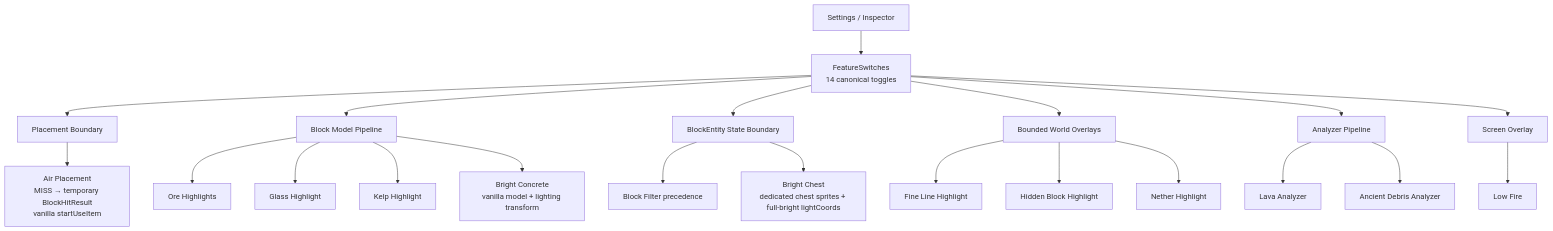
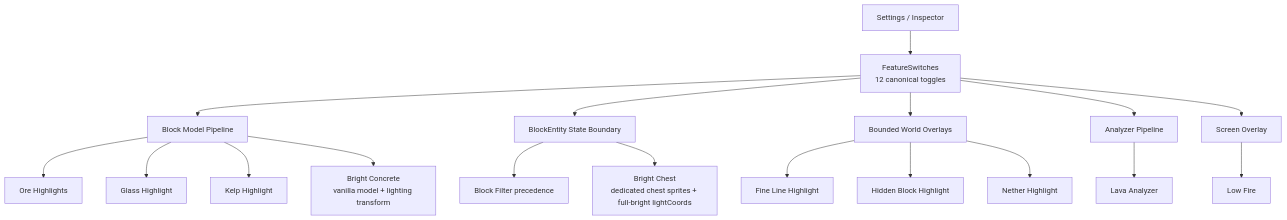
Before and after one commit to bosatsu25/ChiseTweaks: the second of 2 diagrams in README.md, drawn with Mermaid. The commit also changed other lines of this file and 54 other files, not shown here.

````diff
--- a/README.md
+++ b/README.md
@@ -74,29 +71,24 @@
 ```mermaid
 flowchart TD
-    UI[Settings / Inspector] --> REG[FeatureSwitches\n14 canonical toggles]
-    REG --> PLACE[Placement Boundary]
+    UI[Settings / Inspector] --> REG[FeatureSwitches\n12 canonical toggles]
     REG --> MODEL[Block Model Pipeline]
     REG --> BE[BlockEntity State Boundary]
     REG --> OVERLAY[Bounded World Overlays]
     REG --> ANALYZER[Analyzer Pipeline]
     REG --> SCREEN[Screen Overlay]
-
-    PLACE --> AIR[Air Placement\nMISS → temporary BlockHitResult\nvanilla startUseItem]
 
     MODEL --> ORE[Ore Highlights]
     MODEL --> GLASS[Glass Highlight]
     MODEL --> KELP[Kelp Highlight]
     MODEL --> CONCRETE[Bright Concrete\nvanilla model + lighting transform]
 
     BE --> BLOCKFILTER[Block Filter precedence]
     BE --> CHEST[Bright Chest\ndedicated chest sprites + full-bright lightCoords]
 
     OVERLAY --> FINE[Fine Line Highlight]
     OVERLAY --> HIDDEN[Hidden Block Highlight]
     OVERLAY --> NETHER[Nether Highlight]
 
     ANALYZER --> LAVA[Lava Analyzer]
-    ANALYZER --> DEBRIS[Ancient Debris Analyzer]
-
     SCREEN --> FIRE[Low Fire]
 ```
````
